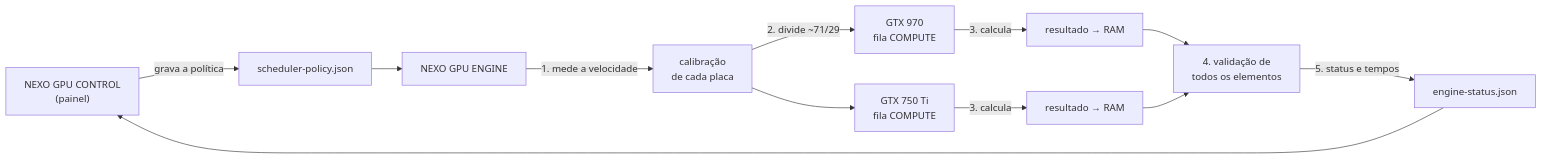
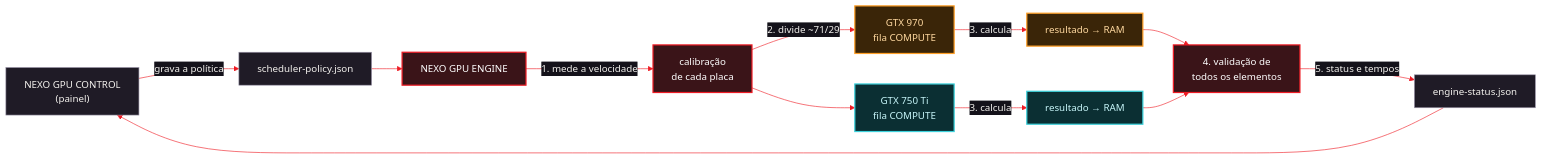
Before and after one commit to Bruno-Gadelha25/nexo-dual-gpu-lab: the diagram in README.md, drawn with Mermaid. The commit also changed 3 other files, not shown here.

First line of the commit message:
docs: diagramas Mermaid com tema escuro e cores por placa

````diff
--- a/README.md
+++ b/README.md
@@ -163,14 +163,23 @@
 ```mermaid
+%%{init: {"theme":"base","themeVariables":{"primaryColor":"#1f1b26","primaryTextColor":"#f4f2ee","primaryBorderColor":"#ee1c25","lineColor":"#ee1c25","secondaryColor":"#2a2533","tertiaryColor":"#1a1720","clusterBkg":"#18151d","clusterBorder":"#77708a","edgeLabelBackground":"#14121a","fontFamily":"Segoe UI, Arial, sans-serif","actorBkg":"#1f1b26","actorBorder":"#ee1c25","actorTextColor":"#f4f2ee","actorLineColor":"#9a94a8","signalColor":"#ee1c25","signalTextColor":"#14121a","noteBkgColor":"#3a1418","noteTextColor":"#f4f2ee","noteBorderColor":"#ee1c25","labelBoxBkgColor":"#1f1b26","labelBoxBorderColor":"#ee1c25","labelTextColor":"#f4f2ee","loopTextColor":"#f4f2ee","activationBkgColor":"#3a1418"}}}%%
 flowchart LR
   UI["NEXO GPU CONTROL<br/>(painel)"] -->|grava a política| POL["scheduler-policy.json"]
   POL --> ENG["NEXO GPU ENGINE"]
   ENG -->|1. mede a velocidade| CAL["calibração<br/>de cada placa"]
   CAL -->|2. divide ~71/29| Q0["GTX 970<br/>fila COMPUTE"]
   CAL --> Q1["GTX 750 Ti<br/>fila COMPUTE"]
   Q0 -->|3. calcula| R0["resultado → RAM"]
   Q1 -->|3. calcula| R1["resultado → RAM"]
   R0 --> V["4. validação de<br/>todos os elementos"]
   R1 --> V
   V -->|5. status e tempos| ST["engine-status.json"]
   ST --> UI
+  classDef g970 fill:#3a2508,stroke:#ffa028,color:#ffd9a0,stroke-width:2px
+  classDef g750 fill:#0b2f33,stroke:#3cd2dc,color:#c8f6fa,stroke-width:2px
+  classDef eng fill:#3a1418,stroke:#ee1c25,color:#ffffff,stroke-width:2px
+  classDef data fill:#1f1b26,stroke:#9a94a8,color:#f4f2ee,stroke-width:1px
+  class UI,POL,ST data
+  class ENG,CAL,V eng
+  class Q0,R0 g970
+  class Q1,R1 g750
 ```
````
